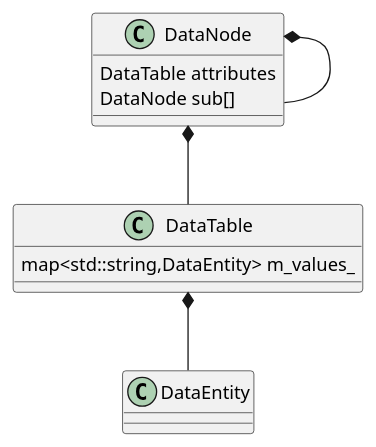
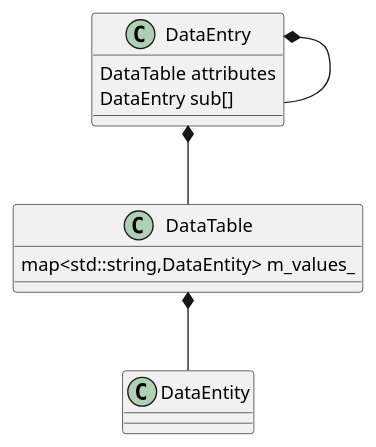
The diagram in src/simpla/data/data.puml (simpla-fusion/SimPla), drawn with PlantUML before and after one commit. The commit also changed 120 other files, not shown here.

```diff
--- a/src/simpla/data/data.puml
+++ b/src/simpla/data/data.puml
@@ -1,15 +1,15 @@
 @startuml
-class DataNode{
+class DataEntry{
     DataTable attributes
-    DataNode sub[]
+    DataEntry sub[]
 }
 
 class DataTable{
     map<std::string,DataEntity> m_values_
 }
 class DataEntity{
 }
-DataNode *-- DataTable
+DataEntry *-- DataTable
 DataTable *-- DataEntity
-DataNode *-- DataNode
+DataEntry *-- DataEntry
 @enduml
```
